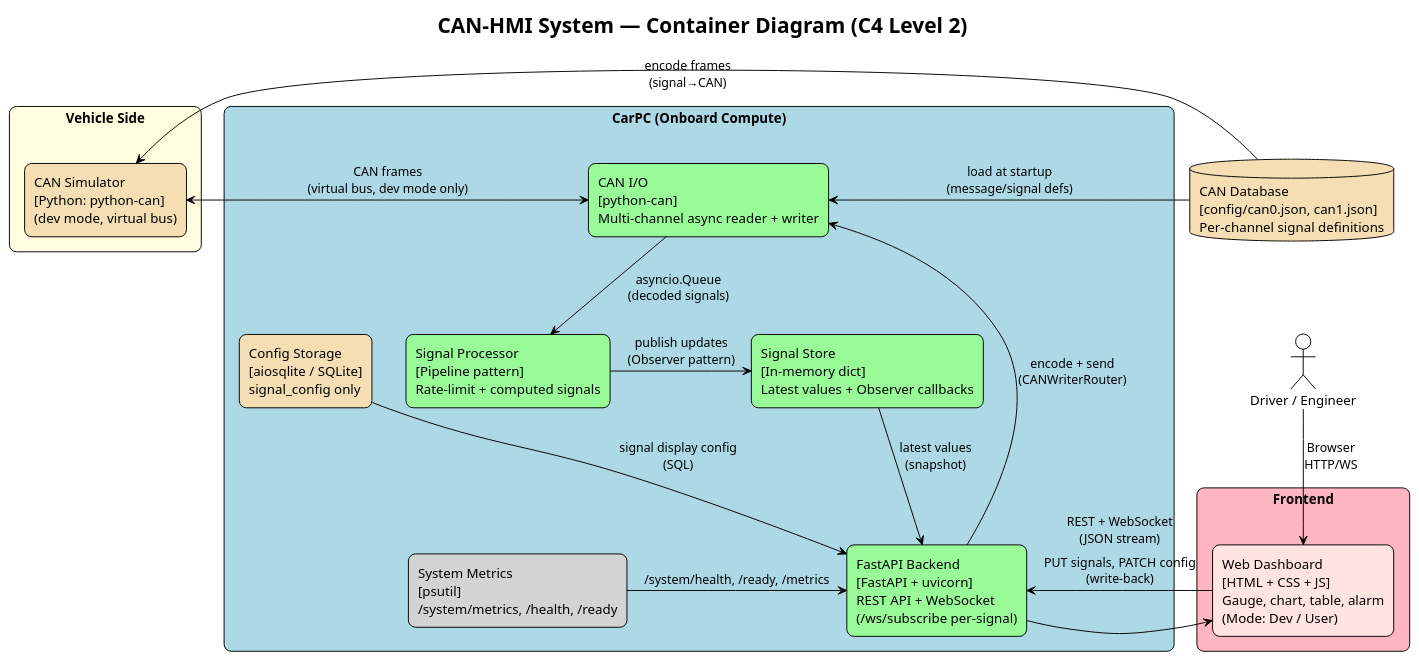
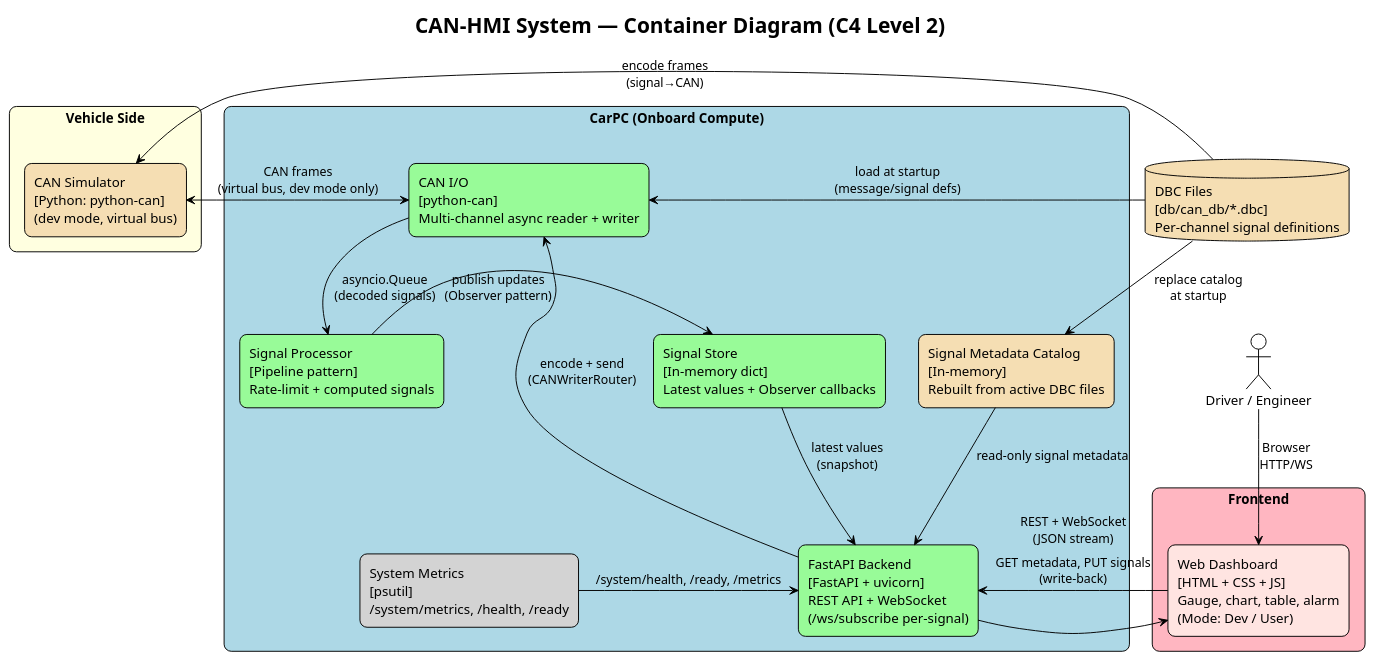
Before and after one commit to 3tdn/car-hmi: the diagram in diagram/02_container.puml, drawn with PlantUML. The commit also changed 75 other files, not shown here.

First line of the commit message:
Remove database persistence and migrate signal configuration entirely to DBC-backed metadata.

```diff
--- a/diagram/02_container.puml
+++ b/diagram/02_container.puml
@@ -1,43 +1,44 @@
 @startuml Container Diagram
 !theme plain
 title CAN-HMI System — Container Diagram (C4 Level 2)
 
 skinparam rectangle {
     RoundCorner 15
 }
 
 actor "Driver / Engineer" as user
 
 rectangle "Vehicle Side" as vehicle #lightyellow {
     rectangle "CAN Simulator\n[Python: python-can]\n(dev mode, virtual bus)" as sim #wheat
 }
 
-database "CAN Database\n[config/can0.json, can1.json]\nPer-channel signal definitions" as candb #Wheat
+database "DBC Files\n[db/can_db/*.dbc]\nPer-channel signal definitions" as candb #Wheat
 
 rectangle "CarPC (Onboard Compute)" as carpc #LightBlue {
     rectangle "CAN I/O\n[python-can]\nMulti-channel async reader + writer" as canio #PaleGreen
     rectangle "Signal Processor\n[Pipeline pattern]\nRate-limit + computed signals" as proc #PaleGreen
     rectangle "Signal Store\n[In-memory dict]\nLatest values + Observer callbacks" as store #PaleGreen
-    rectangle "Config Storage\n[aiosqlite / SQLite]\nsignal_config only" as db #Wheat
+    rectangle "Signal Metadata Catalog\n[In-memory]\nRebuilt from active DBC files" as metadata #Wheat
     rectangle "FastAPI Backend\n[FastAPI + uvicorn]\nREST API + WebSocket\n(/ws/subscribe per-signal)" as api #PaleGreen
     rectangle "System Metrics\n[psutil]\n/system/metrics, /health, /ready" as mon #LightGray
 }
 
 rectangle "Frontend" as fe #LightPink {
     rectangle "Web Dashboard\n[HTML + CSS + JS]\nGauge, chart, table, alarm\n(Mode: Dev / User)" as dash #MistyRose
 }
 
 sim <-right-> canio : "CAN frames\n(virtual bus, dev mode only)"
 canio -down-> proc : "asyncio.Queue\n(decoded signals)"
 proc -right-> store : "publish updates\n(Observer pattern)"
 store --> api : "latest values\n(snapshot)"
-db --> api : "signal display config\n(SQL)"
+metadata --> api : "read-only signal metadata"
 api -right-> dash : "REST + WebSocket\n(JSON stream)"
-dash -left-> api : "PUT signals, PATCH config\n(write-back)"
+dash -left-> api : "GET metadata, PUT signals\n(write-back)"
 api -up-> canio : "encode + send\n(CANWriterRouter)"
 mon -right-> api : "/system/health, /ready, /metrics"
 user -down-> dash : "Browser\nHTTP/WS"
 candb -right-> canio : "load at startup\n(message/signal defs)"
+candb -right-> metadata : "replace catalog\nat startup"
 candb -right-> sim : "encode frames\n(signal→CAN)"
 
 @enduml
```
